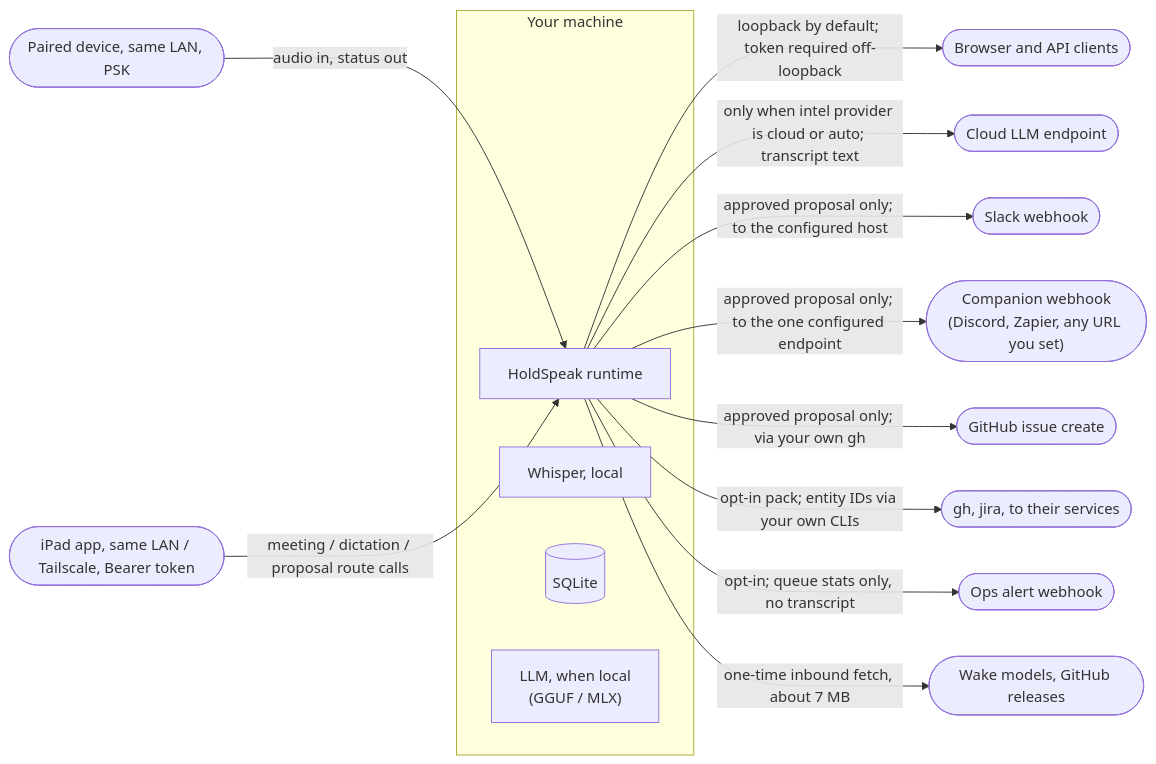
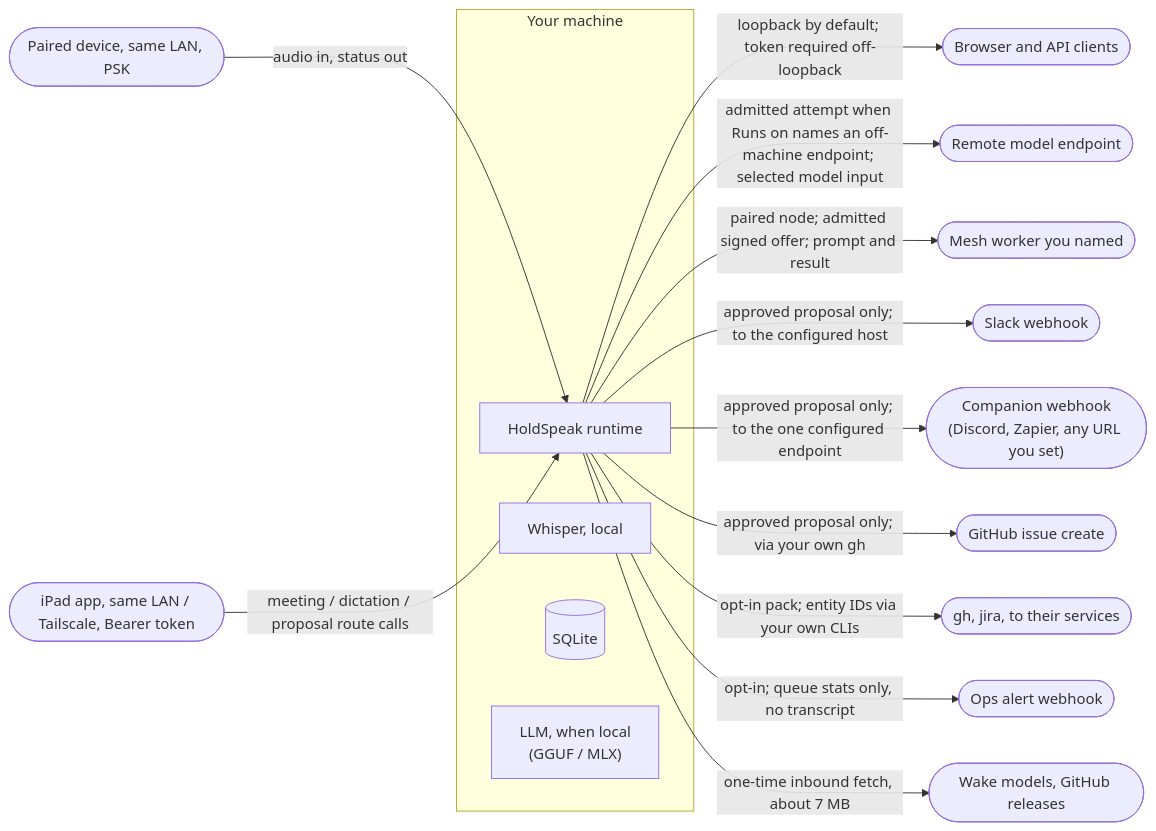
One commit to karolswdev/HoldSpeak changed the tenth of 10 diagrams in docs/ARCHITECTURE.md. Above: the diagram before and after it, drawn with Mermaid. The commit also changed other lines of this file and 9 other files, not shown here.

````diff
--- a/docs/ARCHITECTURE.md
+++ b/docs/ARCHITECTURE.md
@@ -531,19 +603,20 @@
 ```mermaid
 flowchart LR
   subgraph machine["Your machine"]
     RT["HoldSpeak runtime"]
     WH["Whisper, local"]
     DB[("SQLite")]
     LL["LLM, when local<br/>(GGUF / MLX)"]
   end
   RT -->|"loopback by default; token required off-loopback"| WEB(["Browser and API clients"])
-  RT -->|"only when intel provider is cloud or auto; transcript text"| CLOUD(["Cloud LLM endpoint"])
+  RT -->|"admitted attempt when Runs on names an off-machine endpoint; selected model input"| CLOUD(["Remote model endpoint"])
+  RT -->|"paired node; admitted signed offer; prompt and result"| NODE(["Mesh worker you named"])
   RT -->|"approved proposal only; to the configured host"| SK(["Slack webhook"])
   RT -->|"approved proposal only; to the one configured endpoint"| WHK(["Companion webhook<br/>(Discord, Zapier, any URL you set)"])
   RT -->|"approved proposal only; via your own gh"| GH(["GitHub issue create"])
   RT -->|"opt-in pack; entity IDs via your own CLIs"| CLI(["gh, jira, to their services"])
   RT -->|"opt-in; queue stats only, no transcript"| OPS(["Ops alert webhook"])
   RT -->|"one-time inbound fetch, about 7 MB"| WM(["Wake models, GitHub releases"])
   DEVCE(["Paired device, same LAN, PSK"]) -->|"audio in, status out"| RT
   IPAD(["iPad app, same LAN / Tailscale, Bearer token"]) -->|"meeting / dictation / proposal route calls"| RT
 ```
````
